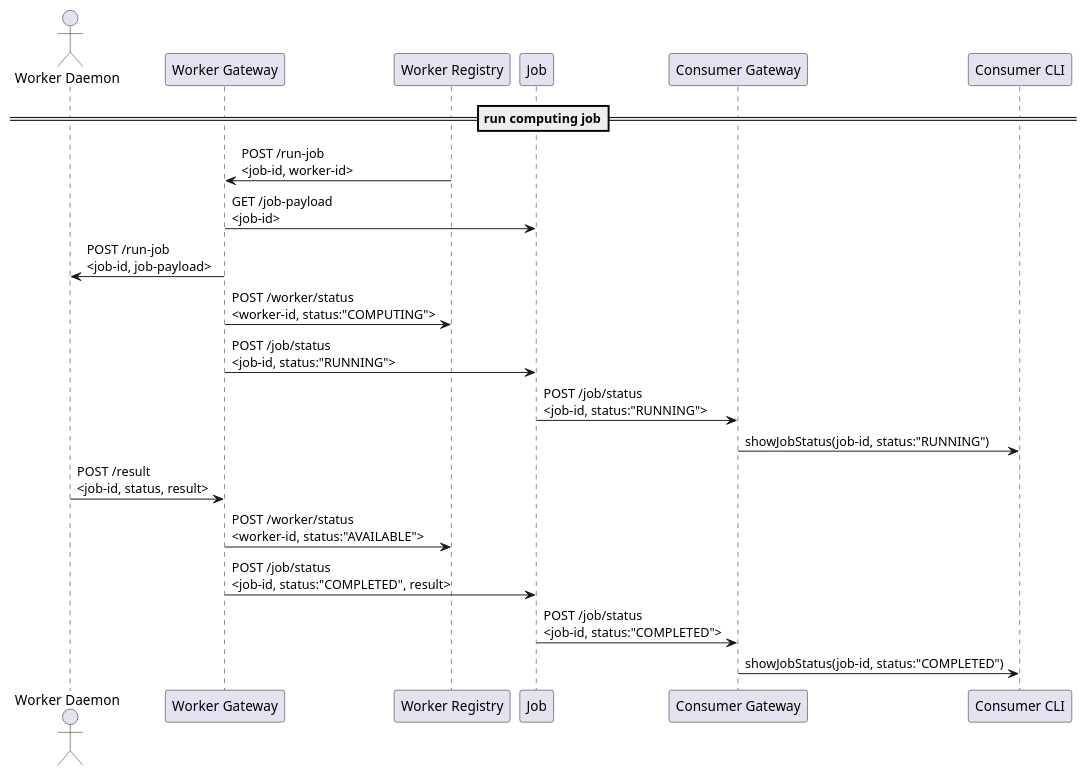
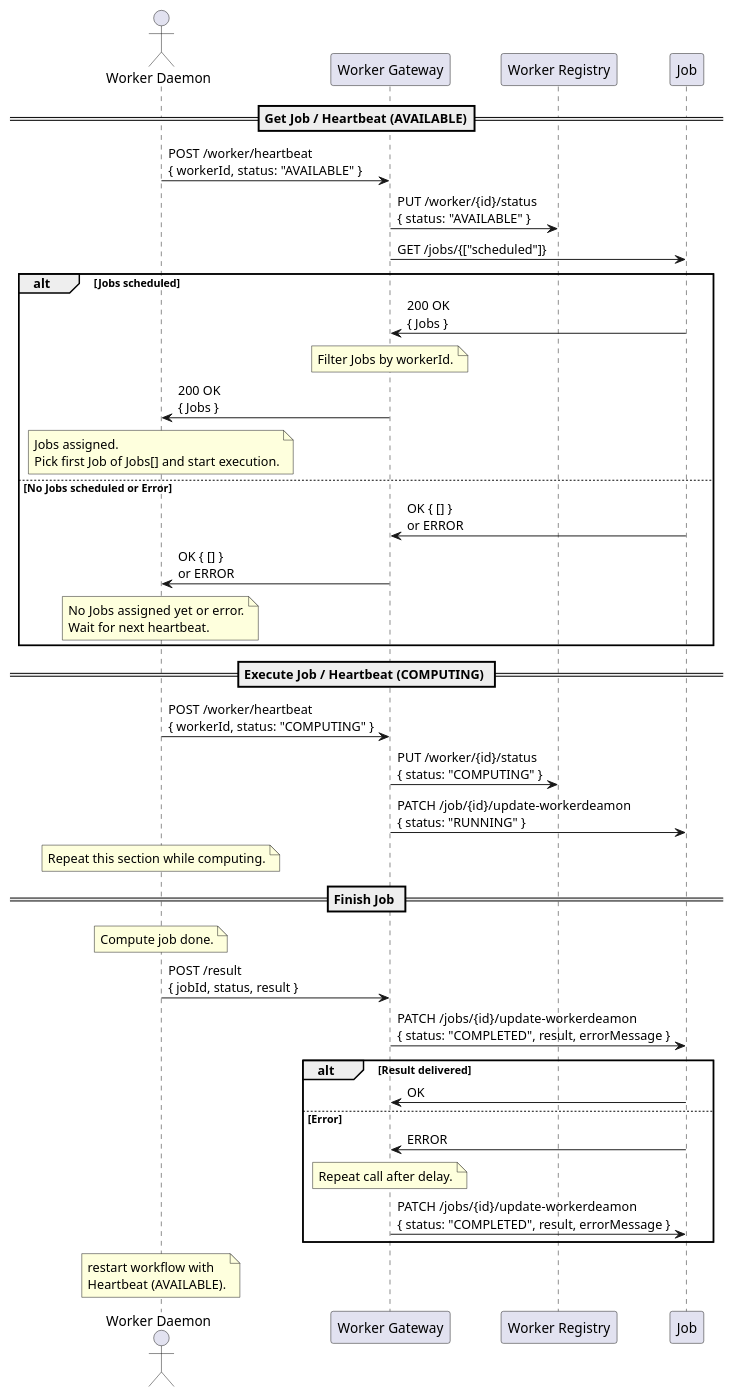
Before and after one commit to informatik-mannheim/cmg-ss2025: the diagram in docs/diagrams/run-compute-job.puml, drawn with PlantUML. The commit also changed 1 other file, not shown here.

Commit message:
20 run compute job uml (#44)
* Homework even/odd handler and tests (#41)

* Implemented suggestions for improvement (#44)

* update run compute job uml (#20)

---------

```diff
--- a/docs/diagrams/run-compute-job.puml
+++ b/docs/diagrams/run-compute-job.puml
@@ -1,23 +1,47 @@
 @startuml run-compute-job
-actor "Worker Daemon" as Worker_Daemon
-participant "Worker Gateway" as Worker_Gateway
-participant "Worker Registry" as Worker_Registry
-participant "Job" as Job
-participant "Consumer Gateway" as Consumer_Gateway
-participant "Consumer CLI" as Consumer_CLI
 
-==run computing job==
-Worker_Registry -> Worker_Gateway: POST /run-job\n<job-id, worker-id>
-Worker_Gateway -> Job: GET /job-payload\n<job-id>
-Worker_Gateway -> Worker_Daemon: POST /run-job\n<job-id, job-payload>
-Worker_Gateway -> Worker_Registry: POST /worker/status\n<worker-id, status:"COMPUTING">
-Worker_Gateway -> Job: POST /job/status\n<job-id, status:"RUNNING">
-Job -> Consumer_Gateway: POST /job/status\n<job-id, status:"RUNNING">
-Consumer_Gateway -> Consumer_CLI: showJobStatus(job-id, status:"RUNNING")
+actor "Worker Daemon" as wd
+participant "Worker Gateway" as wg
+participant "Worker Registry" as wr
+participant "Job" as j
 
-Worker_Daemon -> Worker_Gateway: POST /result\n<job-id, status, result>
-Worker_Gateway -> Worker_Registry: POST /worker/status\n<worker-id, status:"AVAILABLE">
-Worker_Gateway -> Job: POST /job/status\n<job-id, status:"COMPLETED", result>
-Job -> Consumer_Gateway: POST /job/status\n<job-id, status:"COMPLETED">
-Consumer_Gateway -> Consumer_CLI: showJobStatus(job-id, status:"COMPLETED")
+== Get Job / Heartbeat (AVAILABLE)==
+
+wd -> wg : POST /worker/heartbeat \n{ workerId, status: "AVAILABLE" } 
+wg -> wr : PUT /worker/{id}/status\n{ status: "AVAILABLE" }
+wg -> j  : GET /jobs/{["scheduled"]}
+alt Jobs scheduled
+    j -> wg : 200 OK\n{ Jobs }
+        note over wg: Filter Jobs by workerId.
+    wg -> wd : 200 OK\n{ Jobs }
+    note over wd: Jobs assigned.\nPick first Job of Jobs[] and start execution.
+
+else No Jobs scheduled or Error
+    j -> wg : OK { [] }\nor ERROR
+    wg -> wd : OK { [] }\nor ERROR
+    note over wd: No Jobs assigned yet or error.\nWait for next heartbeat.
+    
+end
+
+== Execute Job / Heartbeat (COMPUTING) ==
+
+wd -> wg : POST /worker/heartbeat \n{ workerId, status: "COMPUTING" }
+wg -> wr : PUT /worker/{id}/status\n{ status: "COMPUTING" }
+wg -> j  : PATCH /job/{id}/update-workerdeamon\n{ status: "RUNNING" }
+    note over wd: Repeat this section while computing.
+
+== Finish Job ==
+    note over wd: Compute job done.
+wd -> wg : POST /result\n{ jobId, status, result }
+wg -> j  : PATCH /jobs/{id}/update-workerdeamon\n{ status: "COMPLETED", result, errorMessage }
+alt Result delivered
+    j -> wg : OK
+else Error
+    j -> wg : ERROR
+        note over wg: Repeat call after delay.
+    wg -> j  : PATCH /jobs/{id}/update-workerdeamon\n{ status: "COMPLETED", result, errorMessage }
+end
+
+    note over wd: restart workflow with \nHeartbeat (AVAILABLE).
+
 @enduml
```
